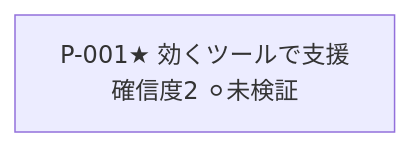
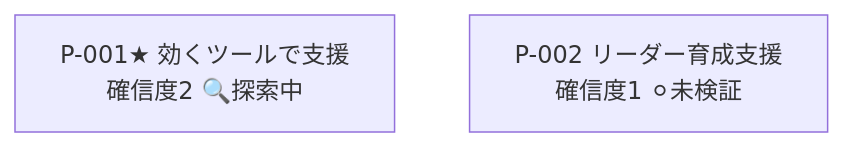
Before and after one commit to haru01/tachiagari-wiki: the diagram in projects/self/wiki/views/purposes-list.md, drawn with Mermaid. The commit also changed other lines of this file and 12 other files, not shown here.

````diff
--- a/projects/self/wiki/views/purposes-list.md
+++ b/projects/self/wiki/views/purposes-list.md
@@ -9,4 +10,5 @@
 ```mermaid
 flowchart TB
-    SELF_P_001["P-001★ 効くツールで支援<br/>確信度2 ⚪未検証"]
+    SELF_P_001["P-001★ 効くツールで支援<br/>確信度2 🔍探索中"]
+    SELF_P_002["P-002 リーダー育成支援<br/>確信度1 ⚪未検証"]
 ```
````
